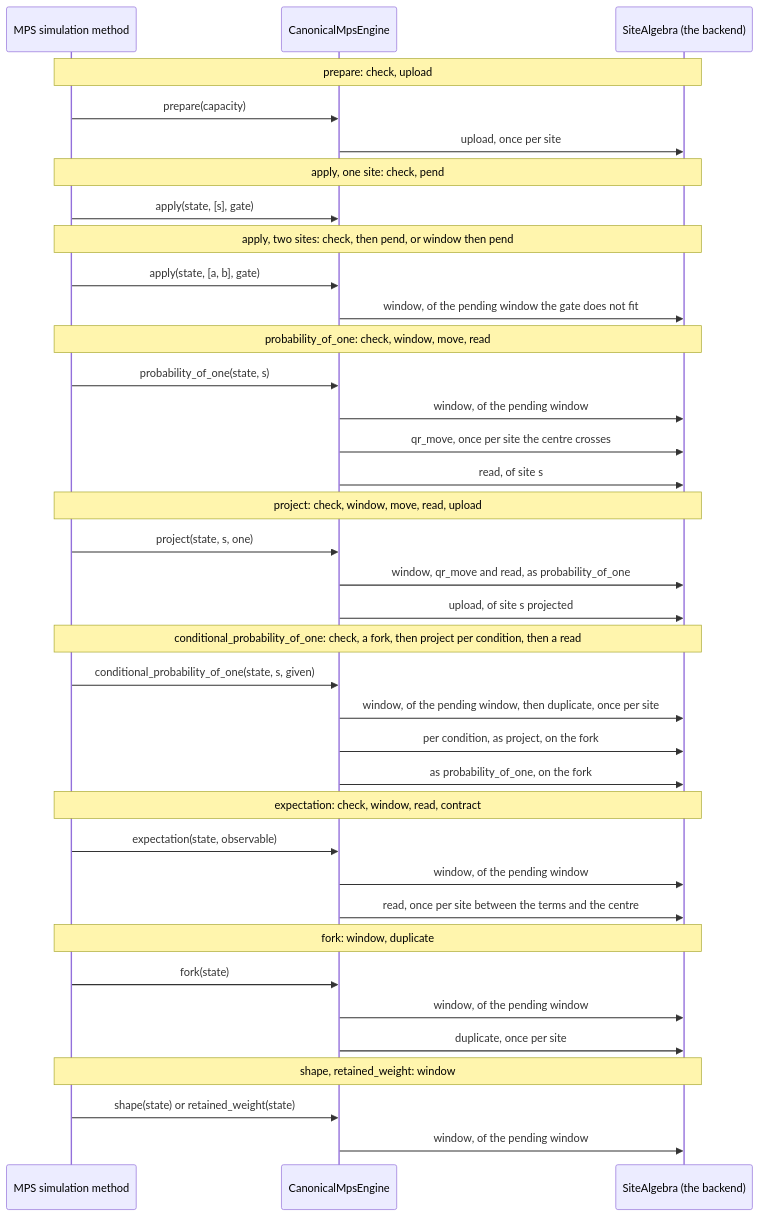
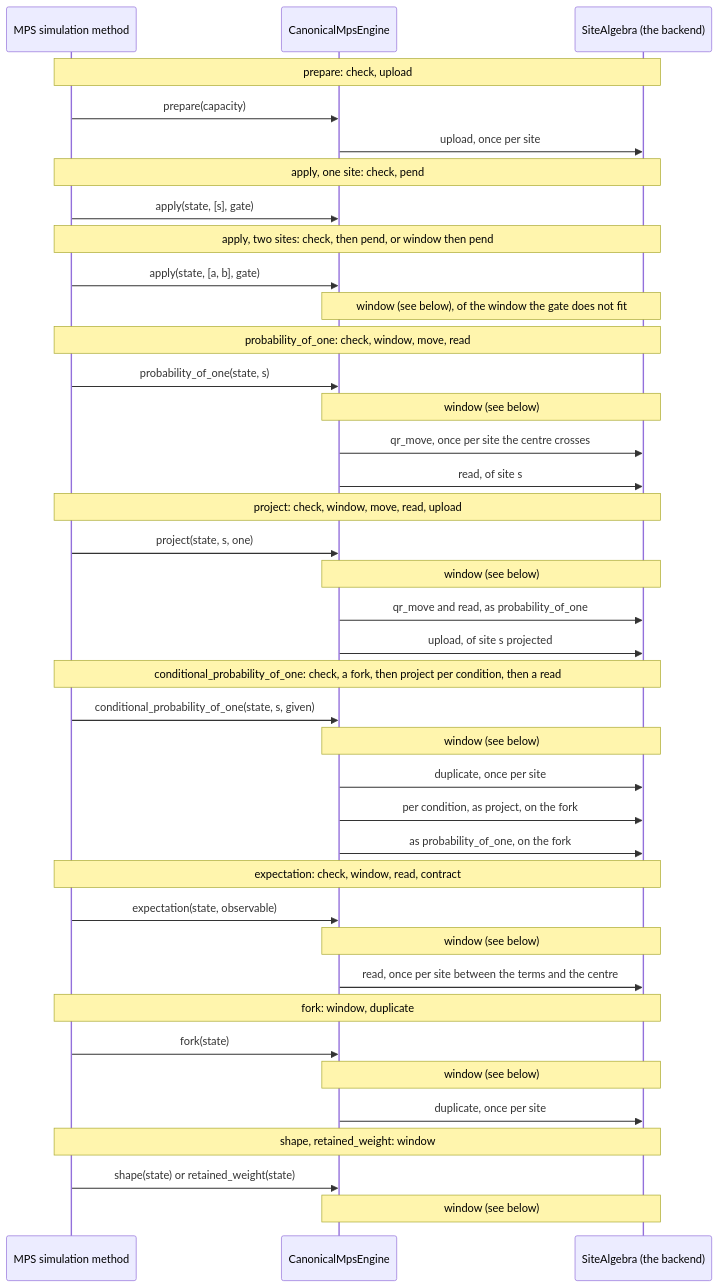
One commit to microsoft/qdk changed the diagram in source/canonical_mps/docs/engine.md. Above: the diagram before and after it, drawn with Mermaid. The commit also changed other lines of this file and 10 other files, not shown here.

````diff
--- a/source/canonical_mps/docs/engine.md
+++ b/source/canonical_mps/docs/engine.md
@@ -14,39 +14,41 @@
 ```mermaid
 sequenceDiagram
   participant S as MPS simulation method
   participant E as CanonicalMpsEngine
   participant A as SiteAlgebra (the backend)
   Note over S,A: prepare: check, upload
   S->>E: prepare(capacity)
   E->>A: upload, once per site
   Note over S,A: apply, one site: check, pend
   S->>E: apply(state, [s], gate)
   Note over S,A: apply, two sites: check, then pend, or window then pend
   S->>E: apply(state, [a, b], gate)
-  E->>A: window, of the pending window the gate does not fit
+  Note over E,A: window (see below), of the window the gate does not fit
   Note over S,A: probability_of_one: check, window, move, read
   S->>E: probability_of_one(state, s)
-  E->>A: window, of the pending window
+  Note over E,A: window (see below)
   E->>A: qr_move, once per site the centre crosses
   E->>A: read, of site s
   Note over S,A: project: check, window, move, read, upload
   S->>E: project(state, s, one)
-  E->>A: window, qr_move and read, as probability_of_one
+  Note over E,A: window (see below)
+  E->>A: qr_move and read, as probability_of_one
   E->>A: upload, of site s projected
   Note over S,A: conditional_probability_of_one: check, a fork, then project per condition, then a read
   S->>E: conditional_probability_of_one(state, s, given)
-  E->>A: window, of the pending window, then duplicate, once per site
+  Note over E,A: window (see below)
+  E->>A: duplicate, once per site
   E->>A: per condition, as project, on the fork
   E->>A: as probability_of_one, on the fork
   Note over S,A: expectation: check, window, read, contract
   S->>E: expectation(state, observable)
-  E->>A: window, of the pending window
+  Note over E,A: window (see below)
   E->>A: read, once per site between the terms and the centre
   Note over S,A: fork: window, duplicate
   S->>E: fork(state)
-  E->>A: window, of the pending window
+  Note over E,A: window (see below)
   E->>A: duplicate, once per site
   Note over S,A: shape, retained_weight: window
   S->>E: shape(state) or retained_weight(state)
-  E->>A: window, of the pending window
+  Note over E,A: window (see below)
 ```
````
